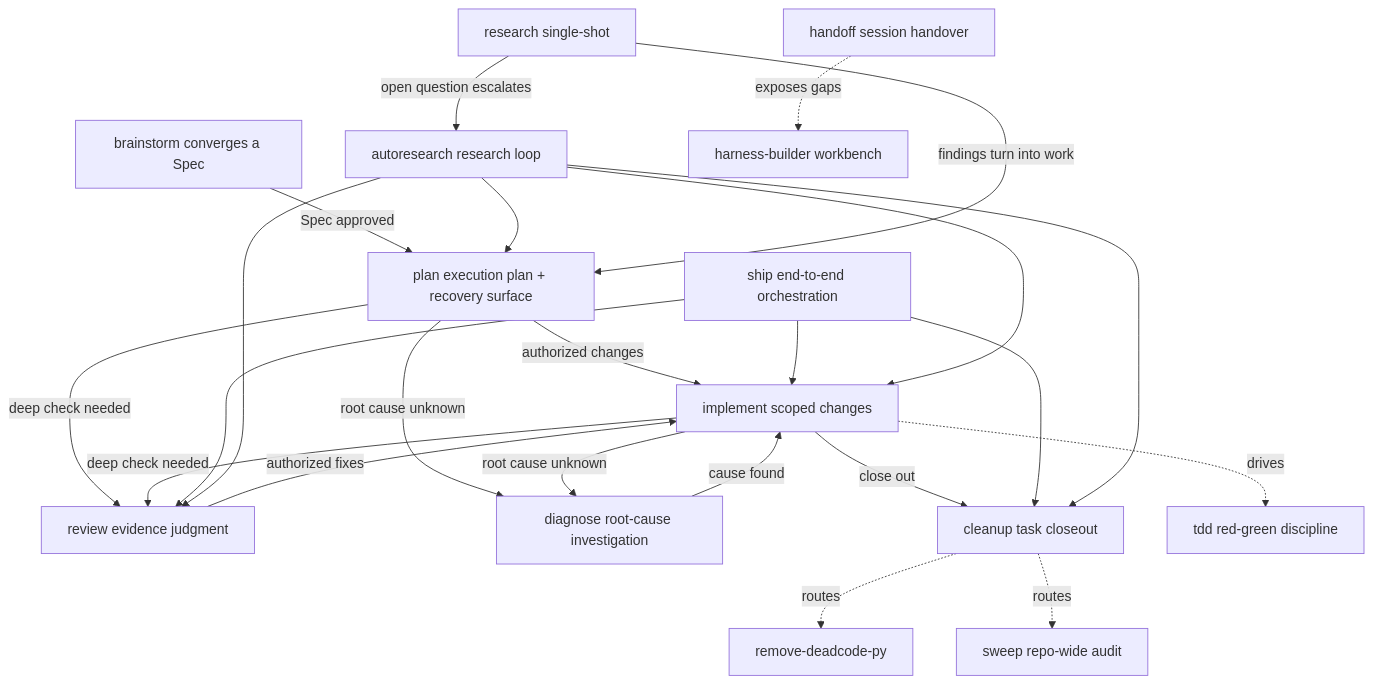
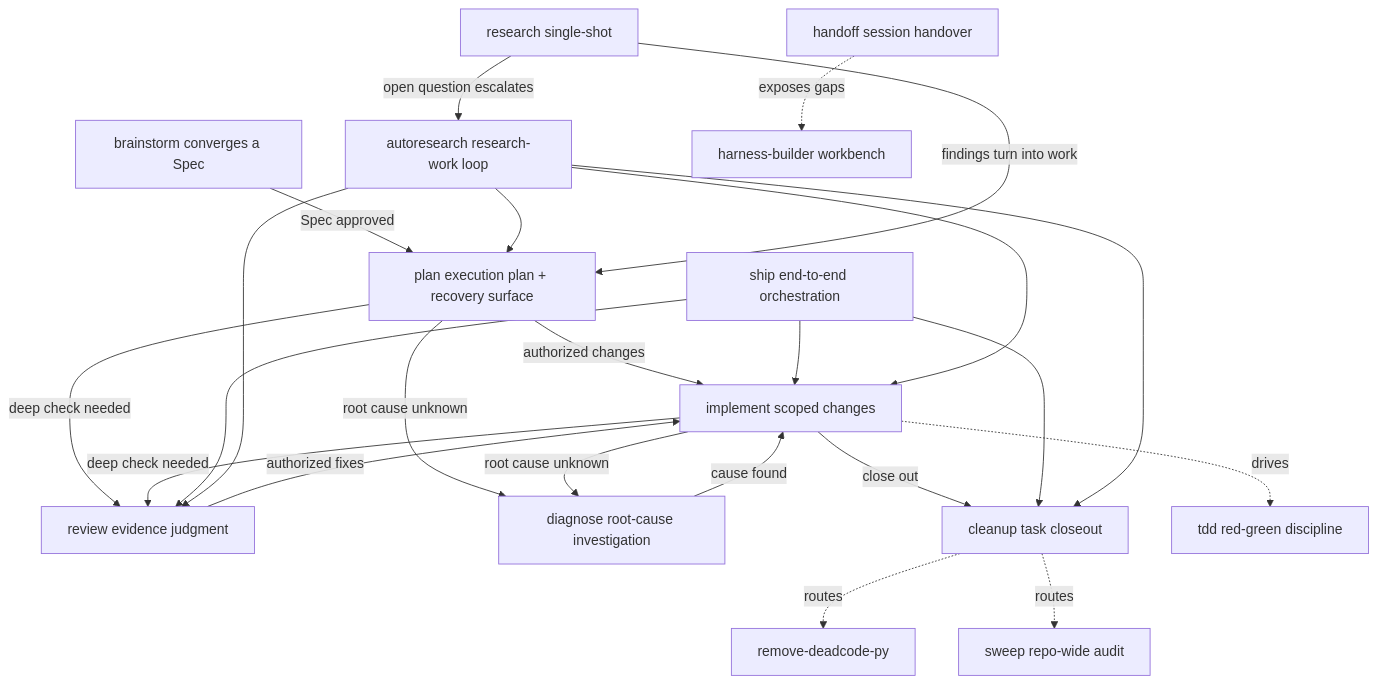
One commit to YSAA1/harness-workflow changed the diagram in README.md. Above: the diagram before and after it, drawn with Mermaid. The commit also changed other lines of this file and 14 other files, not shown here.

````diff
--- a/README.md
+++ b/README.md
@@ -45,25 +45,25 @@
 ```mermaid
 graph TD
     brainstorm["brainstorm converges a Spec"] -->|"Spec approved"| plan["plan execution plan + recovery surface"]
     plan -->|"authorized changes"| implement["implement scoped changes"]
     plan -->|"deep check needed"| review["review evidence judgment"]
     plan -->|"root cause unknown"| diagnose["diagnose root-cause investigation"]
     implement -->|"deep check needed"| review
     review -->|"authorized fixes"| implement
     implement -->|"root cause unknown"| diagnose
     diagnose -->|"cause found"| implement
     implement -->|"close out"| cleanup["cleanup task closeout"]
     ship["ship end-to-end orchestration"] --> implement
     ship --> review
     ship --> cleanup
-    autoresearch["autoresearch research loop"] --> plan
+    autoresearch["autoresearch research-work loop"] --> plan
     autoresearch --> implement
     autoresearch --> review
     autoresearch --> cleanup
     implement -.->|"drives"| tdd["tdd red-green discipline"]
     cleanup -.->|"routes"| rdp["remove-deadcode-py"]
     cleanup -.->|"routes"| sw["sweep repo-wide audit"]
     research["research single-shot"] -->|"open question escalates"| autoresearch
     research -->|"findings turn into work"| plan
     handoff["handoff session handover"] -.->|"exposes gaps"| hb["harness-builder workbench"]
 ```
````
